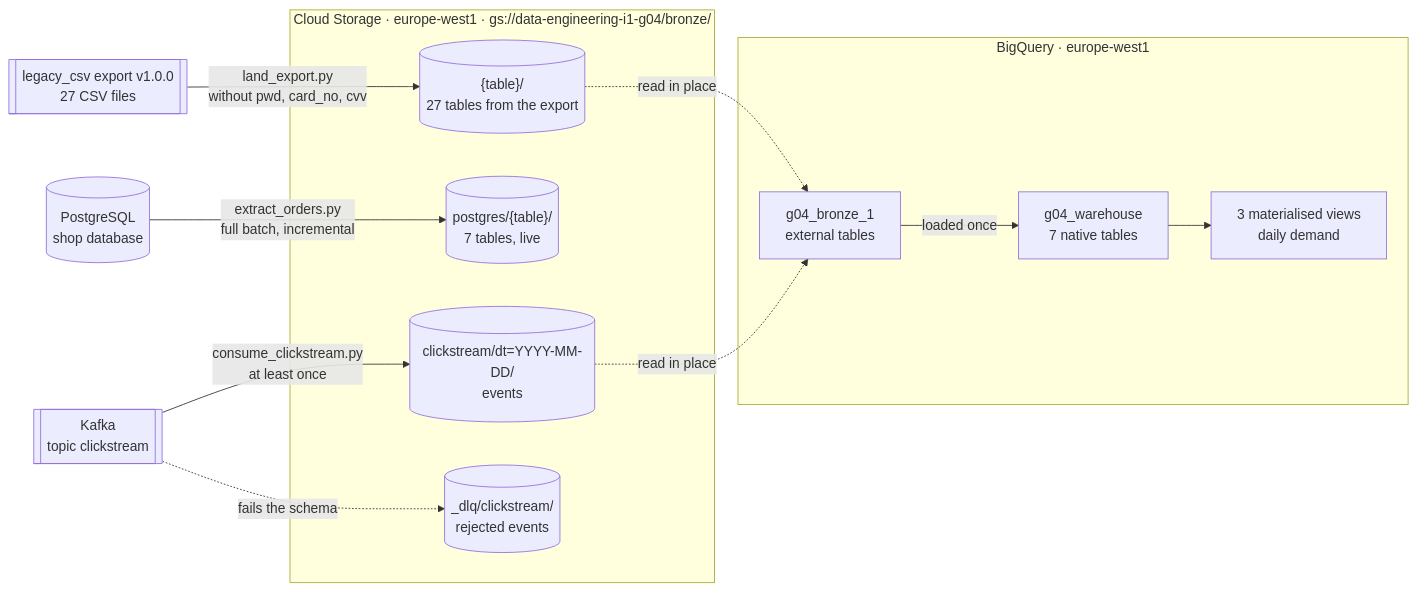
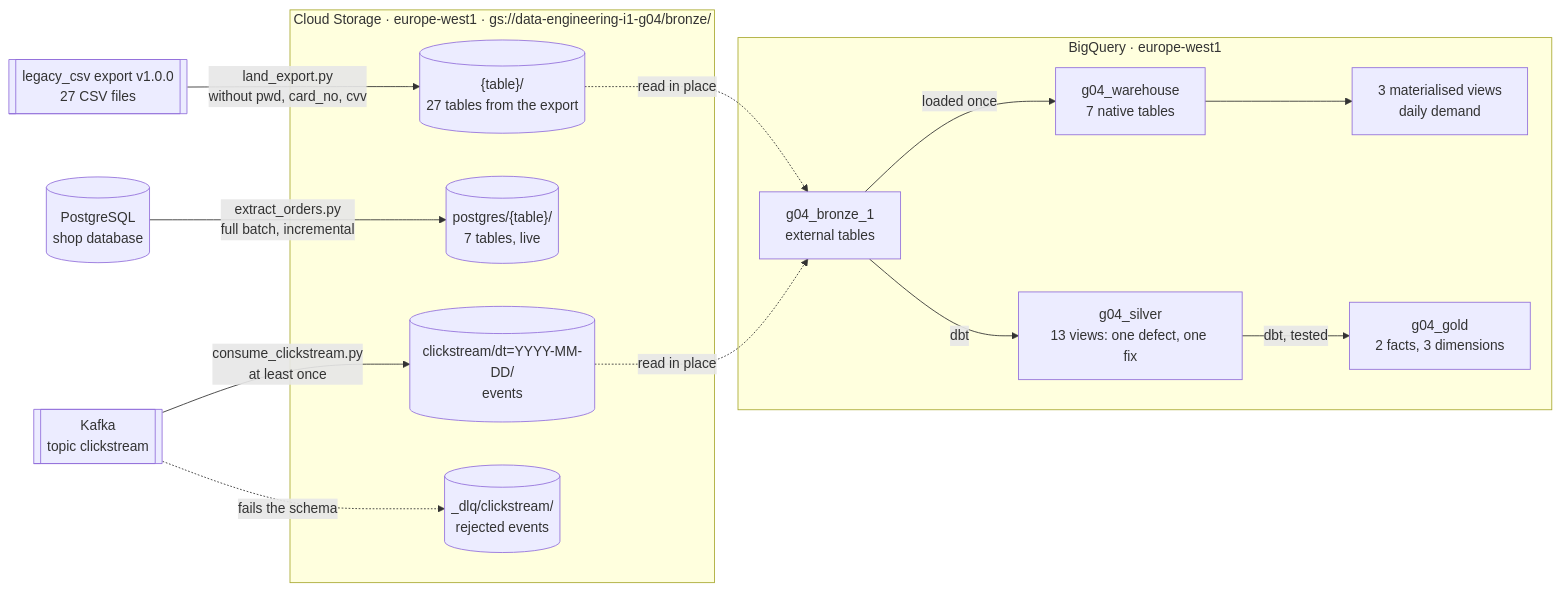
The second of 2 diagrams in docs/architecture.md (tluder-dot/DataEnGroup4), drawn with Mermaid before and after one commit. The commit also changed other lines of this file and 5 other files, not shown here.

Commit message:
Add silver and gold to the diagram, the access list and the rules

````diff
--- a/docs/architecture.md
+++ b/docs/architecture.md
@@ -61,28 +61,32 @@
 ```mermaid
 flowchart LR
   export[["legacy_csv export v1.0.0<br/>27 CSV files"]]
   pg[("PostgreSQL<br/>shop database")]
   kafka[["Kafka<br/>topic clickstream"]]
 
   subgraph gcs["Cloud Storage · europe-west1 · gs://data-engineering-i1-g04/bronze/"]
     landed[("{table}/<br/>27 tables from the export")]
     live[("postgres/{table}/<br/>7 tables, live")]
     stream[("clickstream/dt=YYYY-MM-DD/<br/>events")]
     dlq[("_dlq/clickstream/<br/>rejected events")]
   end
 
   subgraph bq["BigQuery · europe-west1"]
     ext["g04_bronze_1<br/>external tables"]
     wh["g04_warehouse<br/>7 native tables"]
     mv["3 materialised views<br/>daily demand"]
+    silver["g04_silver<br/>13 views: one defect, one fix"]
+    gold["g04_gold<br/>2 facts, 3 dimensions"]
   end
 
   export -- "land_export.py<br/>without pwd, card_no, cvv" --> landed
   pg -- "extract_orders.py<br/>full batch, incremental" --> live
   kafka -- "consume_clickstream.py<br/>at least once" --> stream
   kafka -.->|fails the schema| dlq
   landed -.->|read in place| ext
   stream -.->|read in place| ext
   ext -- "loaded once" --> wh
   wh --> mv
+  ext -- "dbt" --> silver
+  silver -- "dbt, tested" --> gold
 ```
````
